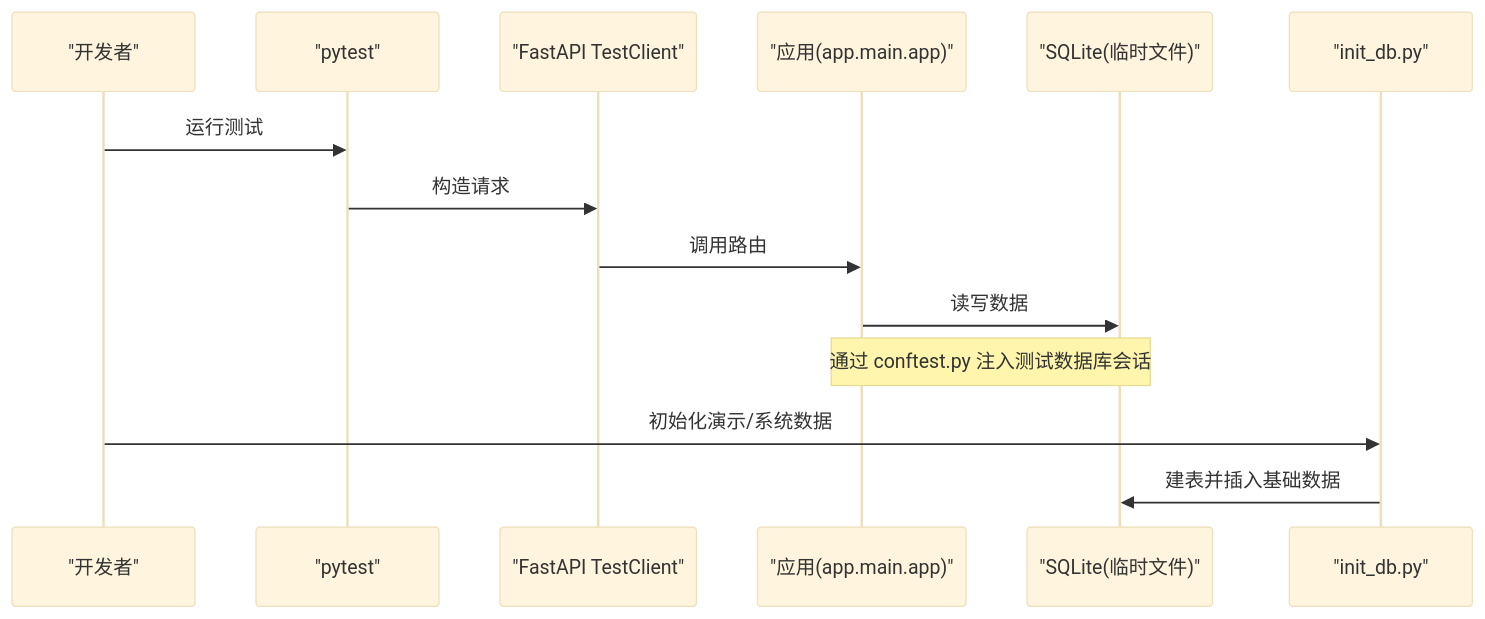
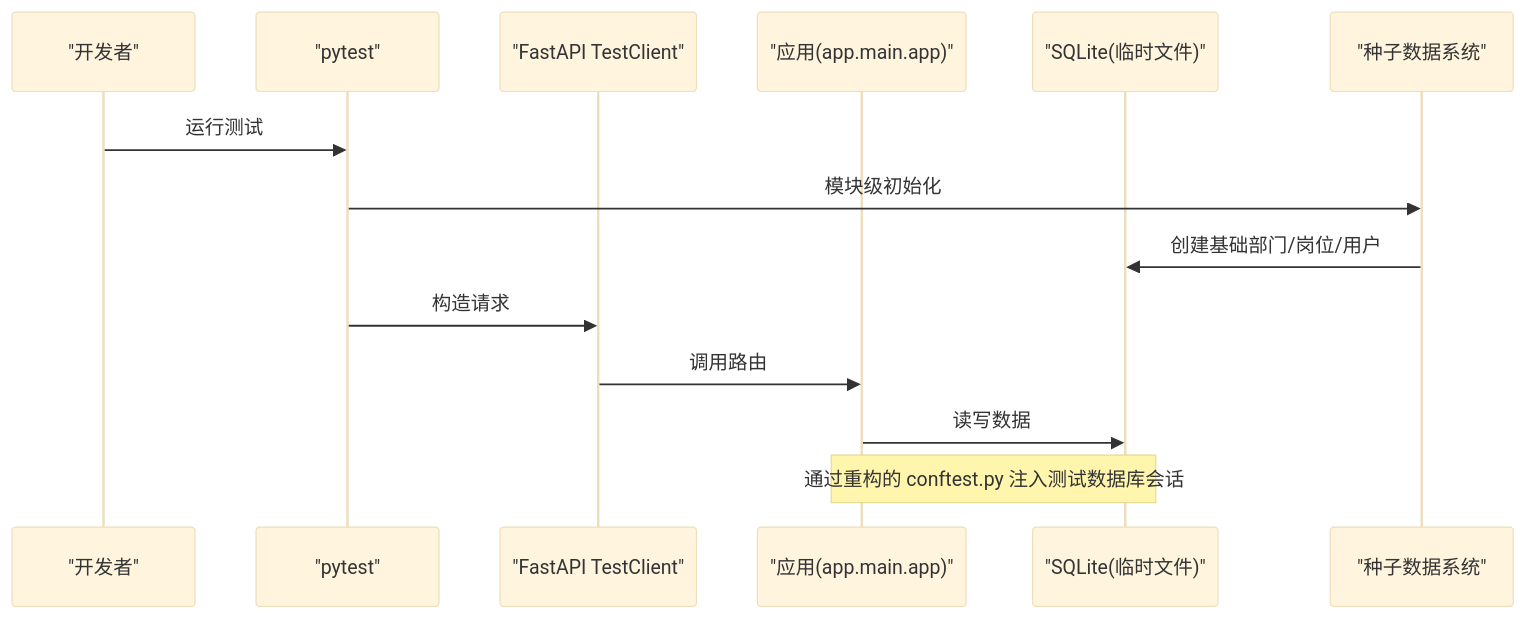
The second of 10 diagrams in .qoder/repowiki/zh/content/测试指南/测试基础设施.md (xgd561/performance_evaluation_system), drawn with Mermaid (base theme) before and after one commit. The commit also changed other lines of this file and 136 other files, not shown here.

````diff
--- a/.qoder/repowiki/zh/content/测试指南/测试基础设施.md
+++ b/.qoder/repowiki/zh/content/测试指南/测试基础设施.md
@@ -100,16 +113,16 @@
 ```mermaid
 sequenceDiagram
 participant Dev as "开发者"
 participant Pytest as "pytest"
 participant Client as "FastAPI TestClient"
 participant App as "应用(app.main.app)"
 participant DB as "SQLite(临时文件)"
-participant Init as "init_db.py"
+participant Seed as "种子数据系统"
 Dev->>Pytest : 运行测试
+Pytest->>Seed : 模块级初始化
+Seed->>DB : 创建基础部门/岗位/用户
 Pytest->>Client : 构造请求
 Client->>App : 调用路由
 App->>DB : 读写数据
-Note over App,DB : 通过 conftest.py 注入测试数据库会话
-Dev->>Init : 初始化演示/系统数据
-Init->>DB : 建表并插入基础数据
+Note over App,DB : 通过重构的 conftest.py 注入测试数据库会话
 ```
````
